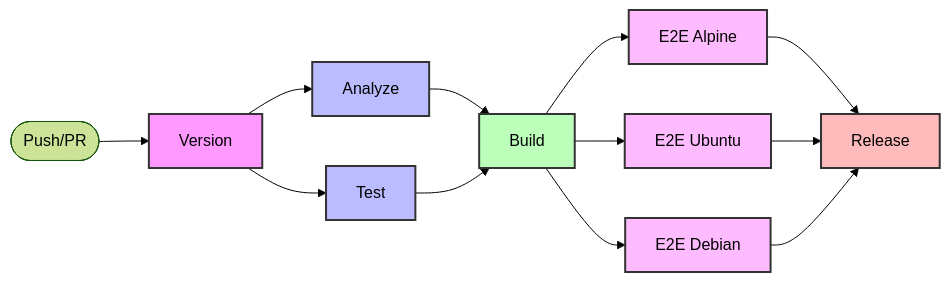
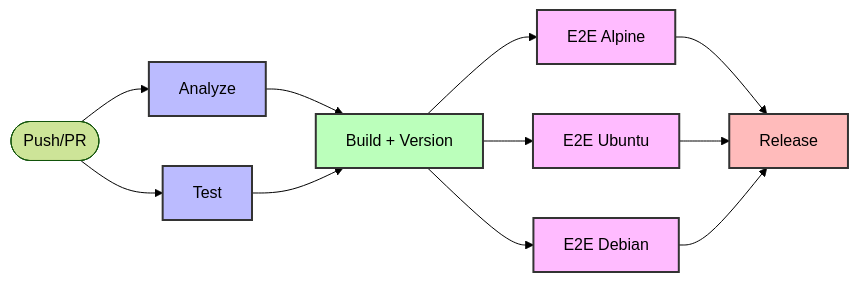
The diagram in .github/workflows/README.md (kodflow/cloud-update), drawn with Mermaid (forest theme) before and after one commit. The commit also changed other lines of this file and 1 other file, not shown here.

First line of the commit message:
refactor: merge version job into build for better efficiency

````diff
--- a/.github/workflows/README.md
+++ b/.github/workflows/README.md
@@ -5,26 +5,24 @@
 ```mermaid
 graph LR
-    Start([Push/PR]) --> Version[Version]
-    Version --> Analyze[Analyze]
-    Version --> Test[Test]
+    Start([Push/PR]) --> Analyze[Analyze]
+    Start --> Test[Test]
     
-    Analyze --> Build[Build]
+    Analyze --> Build[Build + Version]
     Test --> Build
     
     Build --> E2E1[E2E Alpine]
     Build --> E2E2[E2E Ubuntu]
     Build --> E2E3[E2E Debian]
     
     E2E1 --> Release[Release]
     E2E2 --> Release
     E2E3 --> Release
     
-    style Version fill:#f9f,stroke:#333,stroke-width:2px
     style Analyze fill:#bbf,stroke:#333,stroke-width:2px
     style Test fill:#bbf,stroke:#333,stroke-width:2px
     style Build fill:#bfb,stroke:#333,stroke-width:2px
     style E2E1 fill:#fbf,stroke:#333,stroke-width:2px
     style E2E2 fill:#fbf,stroke:#333,stroke-width:2px
     style E2E3 fill:#fbf,stroke:#333,stroke-width:2px
     style Release fill:#fbb,stroke:#333,stroke-width:2px
 ```
````
